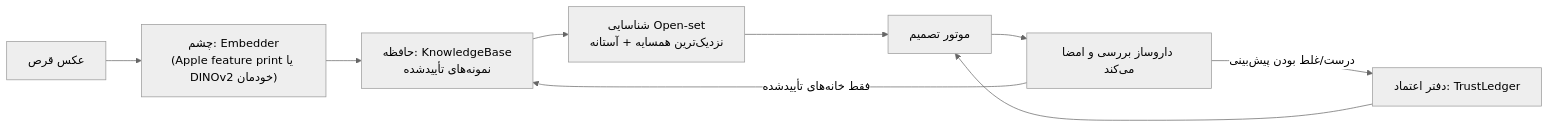
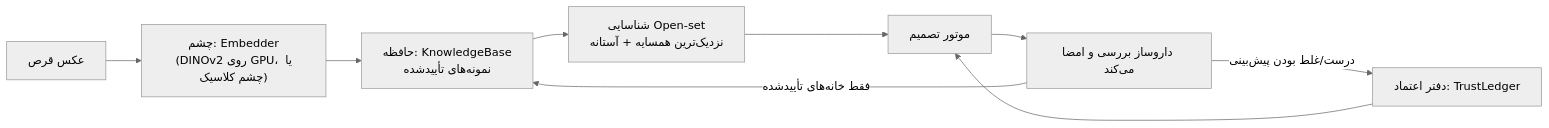
Before and after one commit to masoudkhataminia/Avavision-new: the diagram in docs/BRAIN_FA.md, drawn with Mermaid (neutral theme). The commit also changed other lines of this file and 21 other files, not shown here.

````diff
--- a/docs/BRAIN_FA.md
+++ b/docs/BRAIN_FA.md
@@ -15,11 +15,11 @@
 ```mermaid
 flowchart LR
-    C["عکس قرص"] --> E["چشم: Embedder<br/>(Apple feature print یا DINOv2 خودمان)"]
+    C["عکس قرص"] --> E["چشم: Embedder<br/>(DINOv2 روی GPU، یا چشم کلاسیک)"]
     E --> K["حافظه: KnowledgeBase<br/>نمونه‌های تأییدشده"]
     K --> I["شناسایی Open-set<br/>نزدیک‌ترین همسایه + آستانه"]
     I --> D["موتور تصمیم"]
     D --> P["داروساز بررسی و امضا می‌کند"]
     P -->|"فقط خانه‌های تأییدشده"| K
     P -->|"درست/غلط بودن پیش‌بینی"| L["دفتر اعتماد: TrustLedger"]
     L --> D
 ```
````
